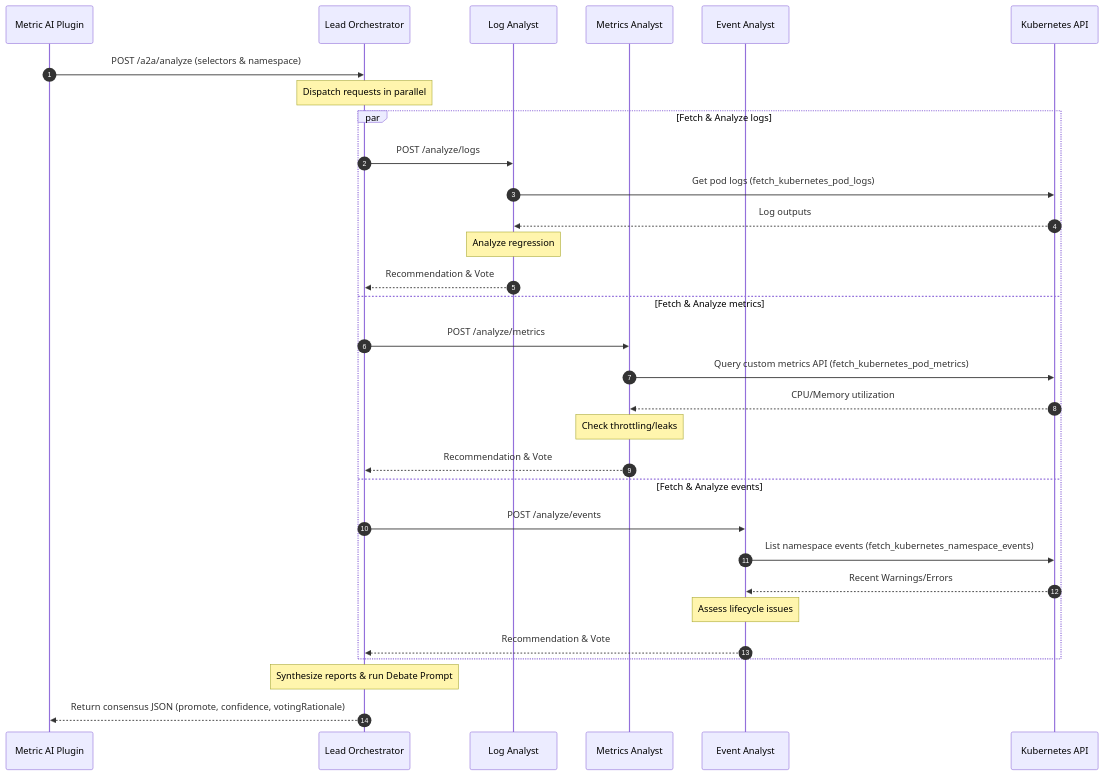
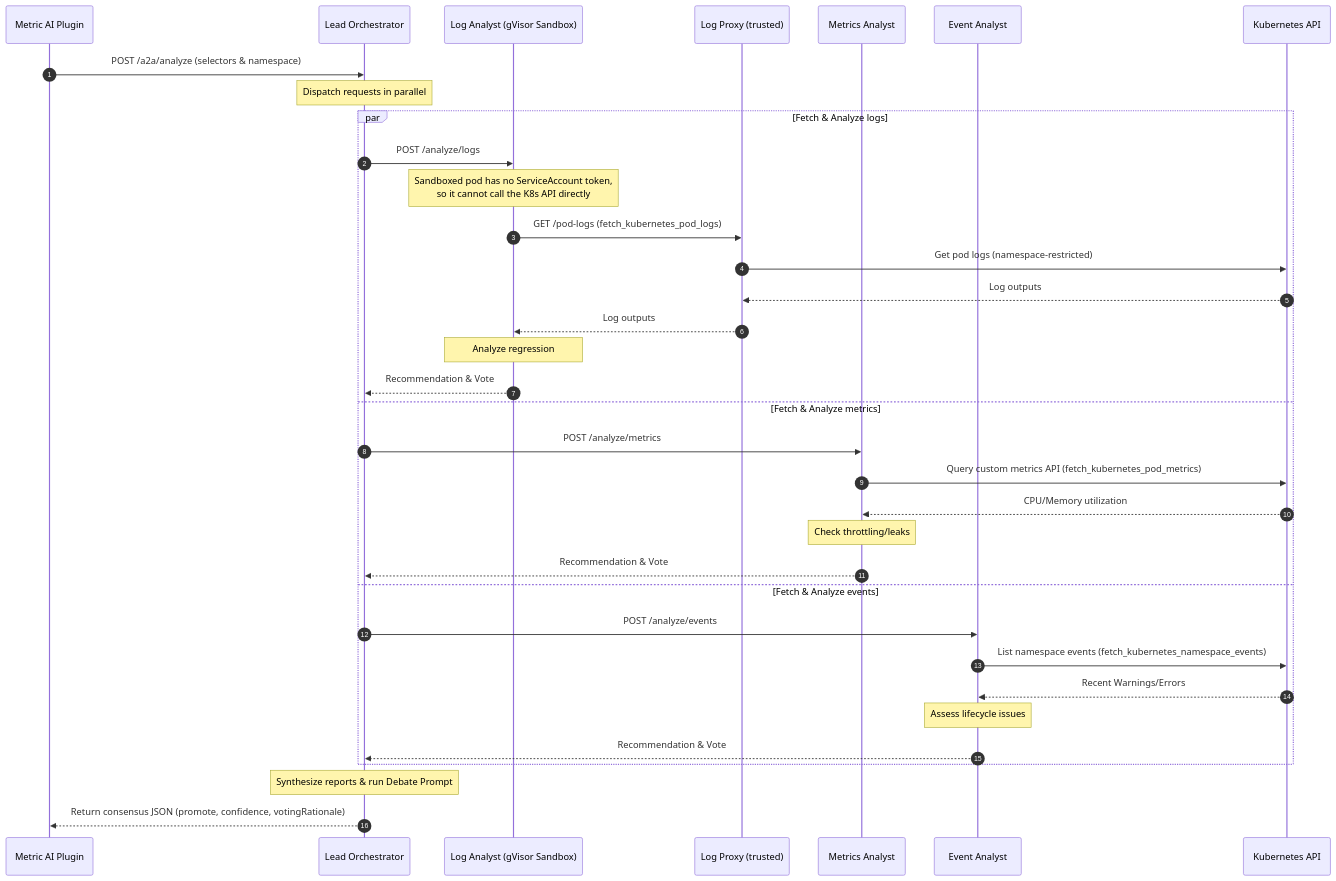
One commit to carlossg/kubernetes-agents-antigravity changed the second of 2 diagrams in README.md. Above: the diagram before and after it, drawn with Mermaid. The commit also changed other lines of this file, not shown here.

Commit message:
docs: document gVisor sandbox and log-proxy architecture

````diff
--- a/README.md
+++ b/README.md
@@ -40,34 +44,38 @@
 ```mermaid
 sequenceDiagram
     autonumber
     participant Plugin as Metric AI Plugin
     participant Orch as Lead Orchestrator
-    participant Logs as Log Analyst
+    participant Logs as Log Analyst (gVisor Sandbox)
+    participant Proxy as Log Proxy (trusted)
     participant Metrics as Metrics Analyst
     participant Events as Event Analyst
     participant K8s as Kubernetes API
 
     Plugin->>Orch: POST /a2a/analyze (selectors & namespace)
     Note over Orch: Dispatch requests in parallel
     par Fetch & Analyze logs
         Orch->>Logs: POST /analyze/logs
-        Logs->>K8s: Get pod logs (fetch_kubernetes_pod_logs)
-        K8s-->>Logs: Log outputs
+        Note over Logs: Sandboxed pod has no ServiceAccount token,<br/>so it cannot call the K8s API directly
+        Logs->>Proxy: GET /pod-logs (fetch_kubernetes_pod_logs)
+        Proxy->>K8s: Get pod logs (namespace-restricted)
+        K8s-->>Proxy: Log outputs
+        Proxy-->>Logs: Log outputs
         Note over Logs: Analyze regression
         Logs-->>Orch: Recommendation & Vote
     and Fetch & Analyze metrics
         Orch->>Metrics: POST /analyze/metrics
         Metrics->>K8s: Query custom metrics API (fetch_kubernetes_pod_metrics)
         K8s-->>Metrics: CPU/Memory utilization
         Note over Metrics: Check throttling/leaks
         Metrics-->>Orch: Recommendation & Vote
     and Fetch & Analyze events
         Orch->>Events: POST /analyze/events
         Events->>K8s: List namespace events (fetch_kubernetes_namespace_events)
         K8s-->>Events: Recent Warnings/Errors
         Note over Events: Assess lifecycle issues
         Events-->>Orch: Recommendation & Vote
     end
     Note over Orch: Synthesize reports & run Debate Prompt
     Orch-->>Plugin: Return consensus JSON (promote, confidence, votingRationale)
 ```
````
